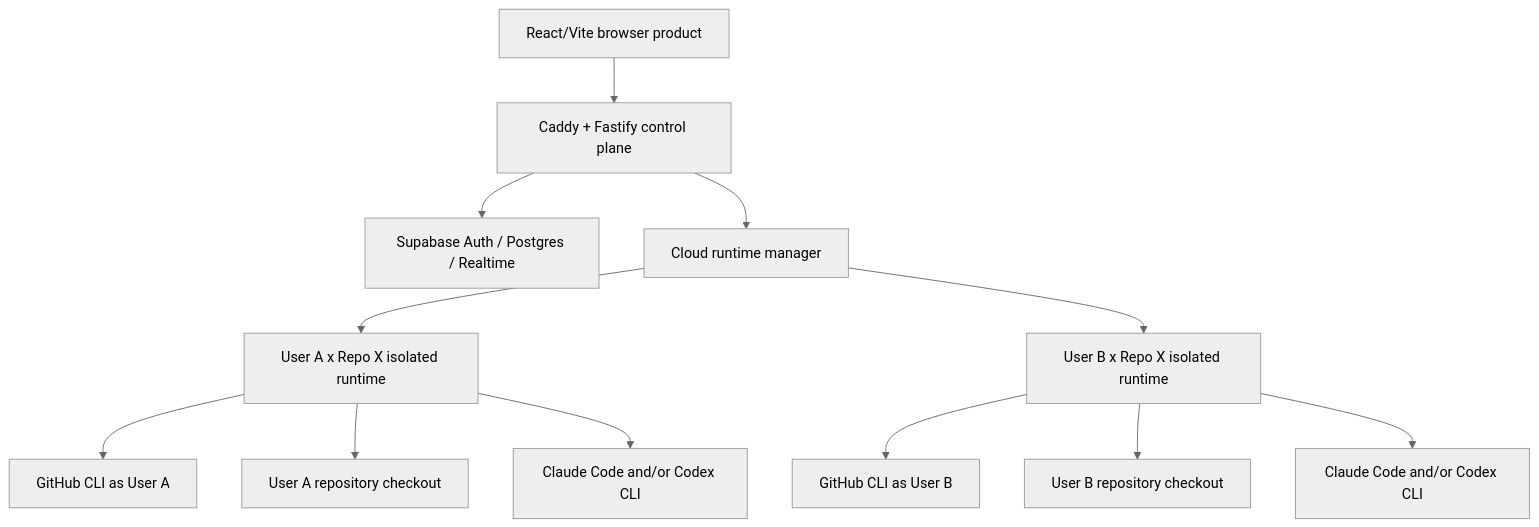
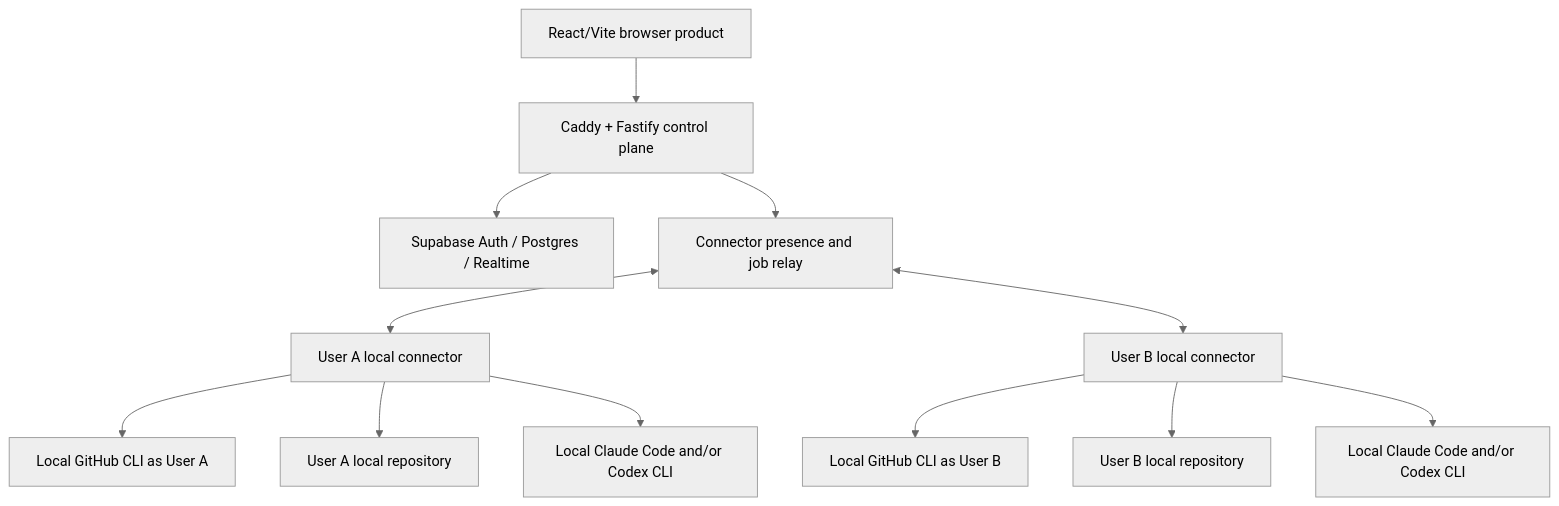
The diagram in docs/architecture/overview.md (telaegent/telaegent-tiktok-techjam), drawn with Mermaid (neutral theme) before and after one commit. The commit also changed other lines of this file and 68 other files, not shown here.

````diff
--- a/docs/architecture/overview.md
+++ b/docs/architecture/overview.md
@@ -9,14 +9,14 @@
 ```mermaid
 flowchart TB
     Browser["React/Vite browser product"] --> API["Caddy + Fastify control plane"]
     API --> DB["Supabase Auth / Postgres / Realtime"]
-    API --> RM["Cloud runtime manager"]
-    RM --> A["User A x Repo X isolated runtime"]
-    RM --> B["User B x Repo X isolated runtime"]
-    A --> AGH["GitHub CLI as User A"]
-    A --> AREPO["User A repository checkout"]
-    A --> AP["Claude Code and/or Codex CLI"]
-    B --> BGH["GitHub CLI as User B"]
-    B --> BREPO["User B repository checkout"]
-    B --> BP["Claude Code and/or Codex CLI"]
+    API --> Relay["Connector presence and job relay"]
+    Relay <--> A["User A local connector"]
+    Relay <--> B["User B local connector"]
+    A --> AGH["Local GitHub CLI as User A"]
+    A --> AREPO["User A local repository"]
+    A --> AP["Local Claude Code and/or Codex CLI"]
+    B --> BGH["Local GitHub CLI as User B"]
+    B --> BREPO["User B local repository"]
+    B --> BP["Local Claude Code and/or Codex CLI"]
 ```
````
